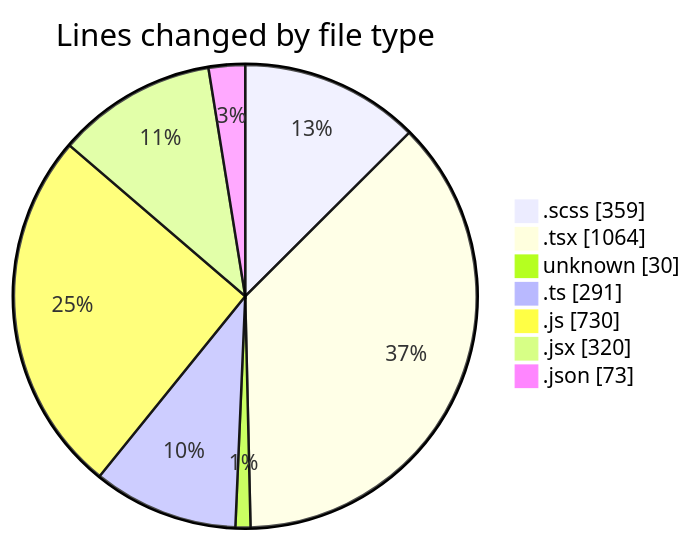
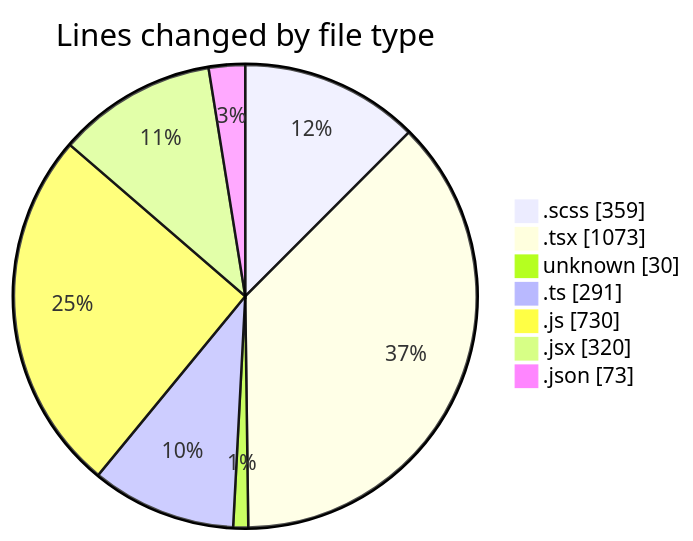
The first of 2 diagrams in 2025-03-05/cda/README.md (momahboobian/code-tracking), drawn with Mermaid before and after one commit. The commit also changed other lines of this file and 1 other file, not shown here.

````diff
--- a/2025-03-05/cda/README.md
+++ b/2025-03-05/cda/README.md
@@ -45,11 +45,11 @@
 ```mermaid
 pie showData
 title Lines changed by file type
 ".scss" : 359
-".tsx" : 1064
+".tsx" : 1073
 "unknown" : 30
 ".ts" : 291
 ".js" : 730
 ".jsx" : 320
 ".json" : 73
 ```
````
